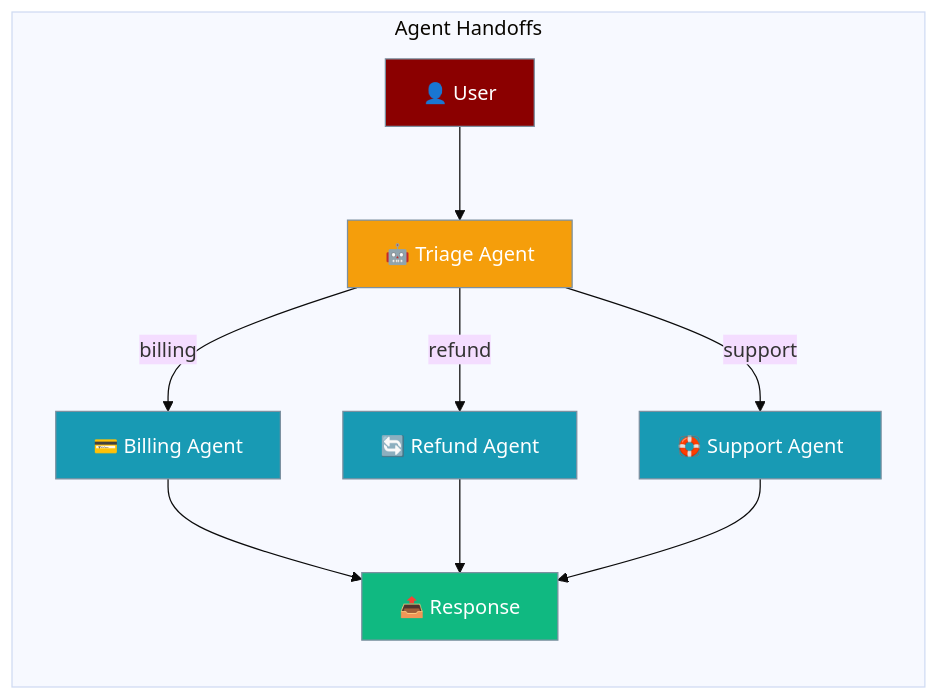
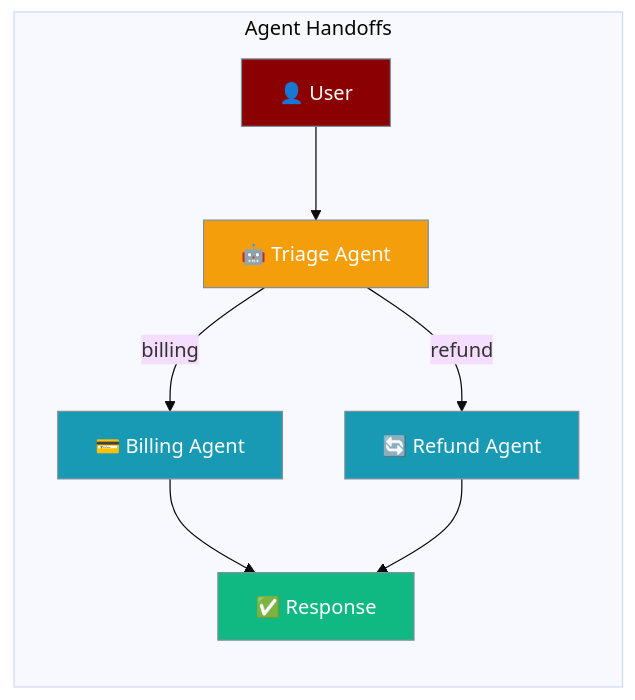
The first of 3 diagrams in docs/features/handoffs.mdx (MervinPraison/PraisonAIDocs), drawn with Mermaid (base theme) before and after one commit. The commit also changed other lines of this file and 1 other file, not shown here.

````diff
--- a/docs/features/handoffs.mdx
+++ b/docs/features/handoffs.mdx
@@ -27,23 +26,20 @@
 ```mermaid
 graph LR
     subgraph "Agent Handoffs"
         User[👤 User] --> Triage[🤖 Triage Agent]
         Triage -->|billing| Billing[💳 Billing Agent]
         Triage -->|refund| Refund[🔄 Refund Agent]
-        Triage -->|support| Support[🛟 Support Agent]
-        Billing --> Response[📤 Response]
+        Billing --> Response[✅ Response]
         Refund --> Response
-        Support --> Response
     end
 
     classDef user fill:#8B0000,stroke:#7C90A0,color:#fff
     classDef triage fill:#F59E0B,stroke:#7C90A0,color:#fff
     classDef specialist fill:#189AB4,stroke:#7C90A0,color:#fff
     classDef result fill:#10B981,stroke:#7C90A0,color:#fff
 
     class User user
     class Triage triage
-    class Billing,Refund,Support specialist
+    class Billing,Refund specialist
     class Response result
-
 ```
````
